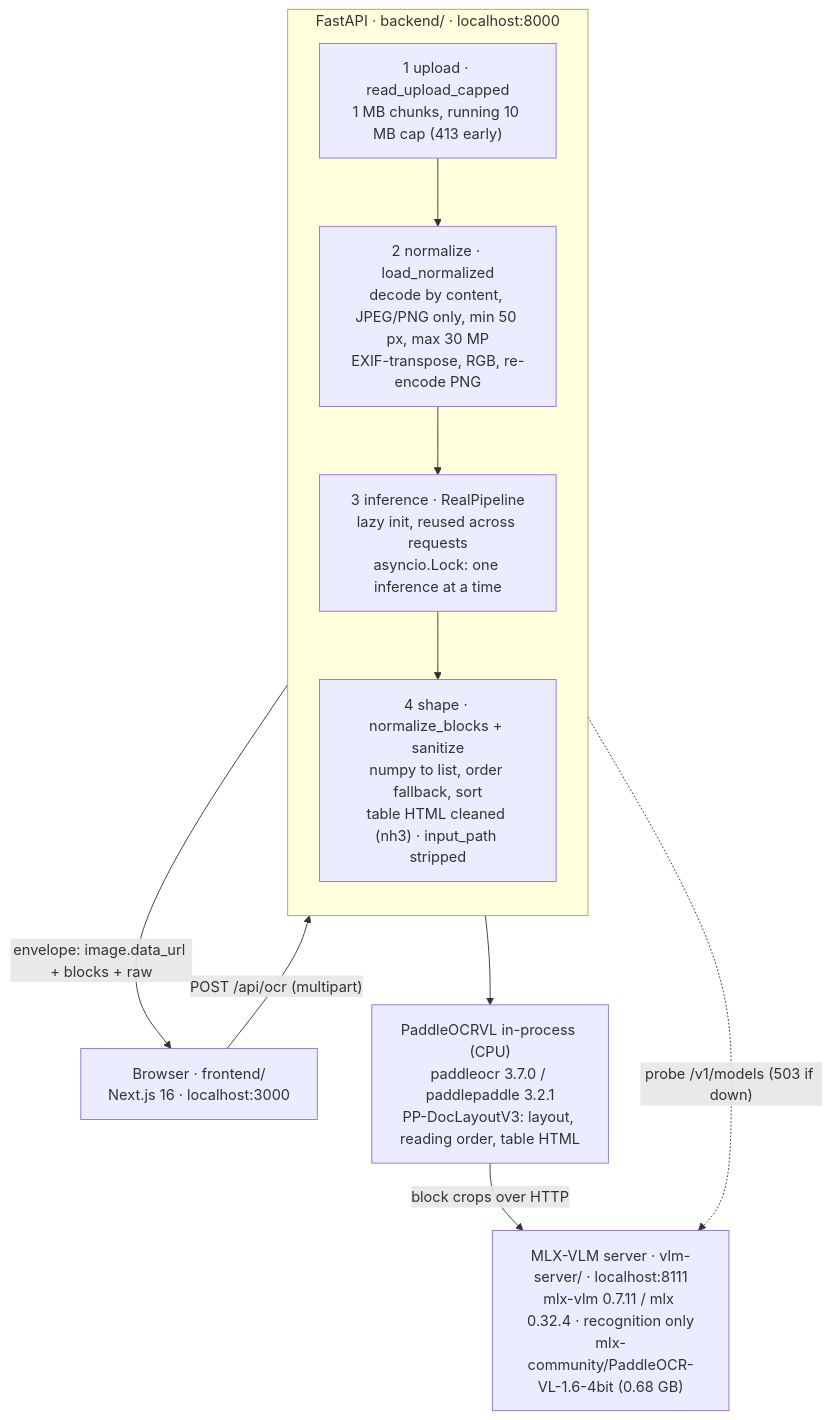
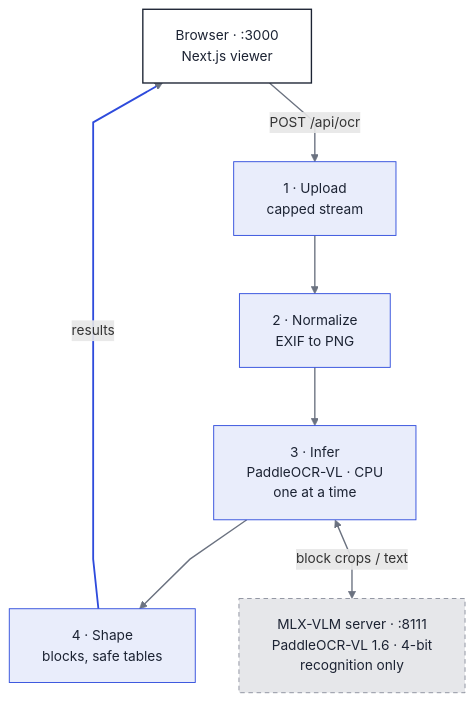
One commit to Ethanlam123/invoice_ocr changed the diagram in README.md. Above: the diagram before and after it, drawn with Mermaid. The commit also changed other lines of this file, not shown here.

Commit message:
docs: restructure mermaid diagram for layout and color semantics

````diff
--- a/README.md
+++ b/README.md
@@ -15,22 +15,24 @@
 ```mermaid
-flowchart TD
-    UI["Browser · frontend/<br/>Next.js 16 · localhost:3000"]
+%%{init: {"flowchart": {"curve": "linear", "nodeSpacing": 48, "rankSpacing": 64, "padding": 18}, "themeVariables": {"fontSize": "15px"}}}%%
+flowchart TB
+    UI["Browser · :3000<br/>Next.js viewer"]
+    S1["1 · Upload<br/>capped stream"]
+    S2["2 · Normalize<br/>EXIF to PNG"]
+    S3["3 · Infer<br/>PaddleOCR-VL · CPU<br/>one at a time"]
+    S4["4 · Shape<br/>blocks, safe tables"]
+    VLM["MLX-VLM server · :8111<br/>PaddleOCR-VL 1.6 · 4-bit<br/>recognition only"]
 
-    subgraph backend["FastAPI · backend/ · localhost:8000"]
-        direction TB
-        UP["1 upload · read_upload_capped<br/>1 MB chunks, running 10 MB cap (413 early)"]
-        NORM["2 normalize · load_normalized<br/>decode by content, JPEG/PNG only, min 50 px, max 30 MP<br/>EXIF-transpose, RGB, re-encode PNG"]
-        PIPE["3 inference · RealPipeline<br/>lazy init, reused across requests<br/>asyncio.Lock: one inference at a time"]
-        SHAPE["4 shape · normalize_blocks + sanitize<br/>numpy to list, order fallback, sort<br/>table HTML cleaned (nh3) · input_path stripped"]
-        UP --> NORM --> PIPE --> SHAPE
-    end
+    UI -->|"POST /api/ocr"| S1
+    S1 --> S2 --> S3 --> S4
+    S4 -->|"results"| UI
+    S3 <-->|"block crops / text"| VLM
 
-    LAYOUT["PaddleOCRVL in-process (CPU)<br/>paddleocr 3.7.0 / paddlepaddle 3.2.1<br/>PP-DocLayoutV3: layout, reading order, table HTML"]
-    VLM["MLX-VLM server · vlm-server/ · localhost:8111<br/>mlx-vlm 0.7.11 / mlx 0.32.4 · recognition only<br/>mlx-community/PaddleOCR-VL-1.6-4bit (0.68 GB)"]
-
-    UI -->|"POST /api/ocr (multipart)"| UP
-    PIPE -.->|"probe /v1/models (503 if down)"| VLM
-    PIPE --> LAYOUT
-    LAYOUT -->|"block crops over HTTP"| VLM
-    SHAPE -->|"envelope: image.data_url + blocks + raw"| UI
+    classDef browser fill:#ffffff,stroke:#1c2333,color:#1c2333,stroke-width:1.5px
+    classDef stage fill:#e9edfb,stroke:#2e4bdc,color:#1c2333
+    classDef model fill:#e6e7ea,stroke:#8a8f9c,color:#1c2333,stroke-dasharray:5 4
+    class UI browser
+    class S1,S2,S3,S4 stage
+    class VLM model
+    linkStyle default stroke:#6b7280,stroke-width:1.5px
+    linkStyle 4 stroke:#2e4bdc,stroke-width:2px
 ```
````
